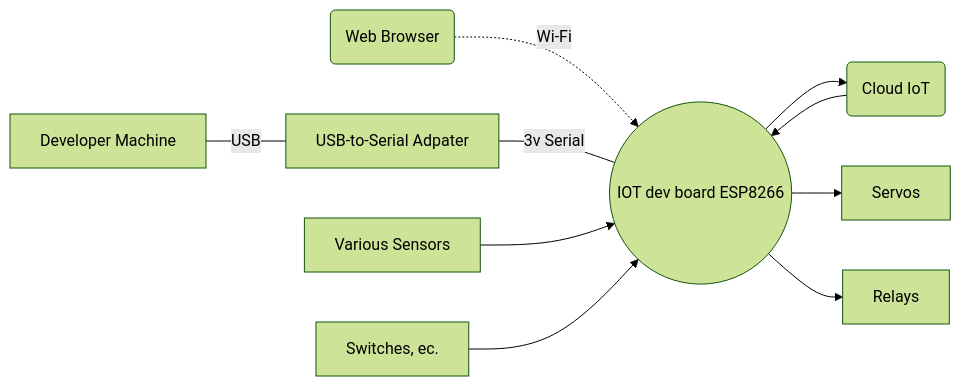
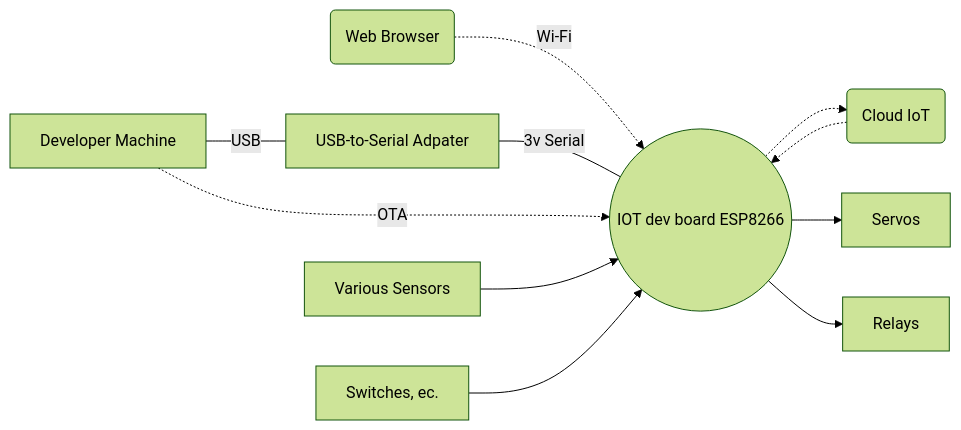
One commit to freemansoft/ESP8266-MicroPython changed the first of 2 diagrams in README.md. Above: the diagram before and after it, drawn with Mermaid (forest theme).

````diff
--- a/README.md
+++ b/README.md
@@ -3,22 +3,23 @@
 ```mermaid
 graph LR;
     DevMachine[Developer Machine]
     Browser(Web Browser)
     SerialAdapter[USB-to-Serial Adpater]
     Sensors[Various Sensors]
     Buttons[Switches, ec.]
     Relays
     Servos
     ESP8266((IOT dev board ESP8266))
     Cloud(Cloud IoT)
 
     Browser -.-> |Wi-Fi|ESP8266
     DevMachine --- |USB| SerialAdapter
     SerialAdapter --- |3v Serial|ESP8266
+    DevMachine -.-> |OTA|ESP8266
     Sensors --> ESP8266
     Buttons --> ESP8266
-    Cloud --> ESP8266
-    ESP8266 --> Cloud
+    Cloud -.-> ESP8266
+    ESP8266 -.-> Cloud
     ESP8266 --> Servos
     ESP8266 --> Relays
 ```
````
